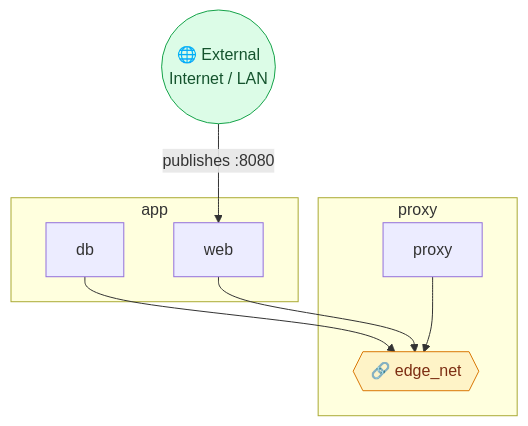
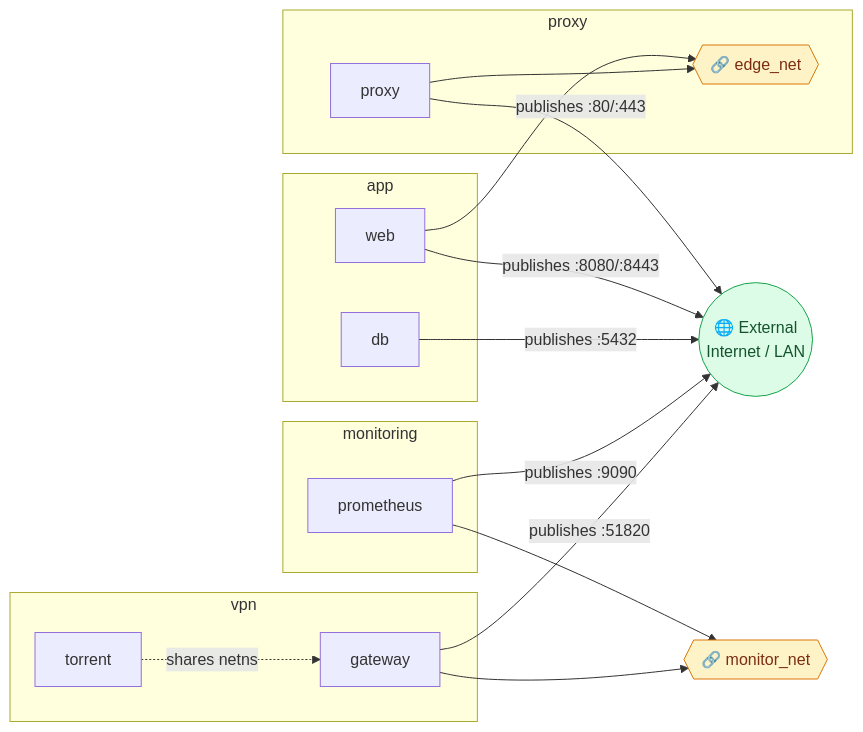
One commit to fa0311/docker-compose-map changed the second of 4 diagrams in tests/assets/render/compose-graph.md. Above: the diagram before and after it, drawn with Mermaid. The commit also changed other lines of this file and 7 other files, not shown here.

````diff
--- a/tests/assets/render/compose-graph.md
+++ b/tests/assets/render/compose-graph.md
@@ -47,24 +83,38 @@
 ```mermaid
-graph TD
+graph LR
   outside(("🌐 External<br/>Internet / LAN"))
   subgraph g__app["app"]
     v__app__web["web"]
     v__app__db["db"]
   end
+  subgraph g__monitoring["monitoring"]
+    v__monitoring__prometheus["prometheus"]
+  end
   subgraph g__proxy["proxy"]
     v__proxy__proxy["proxy"]
     n__edge_net{{"🔗 edge_net"}}
   end
+  subgraph g__vpn["vpn"]
+    v__vpn__gateway["gateway"]
+    v__vpn__torrent["torrent"]
+  end
+  n__monitor_net{{"🔗 monitor_net"}}
 
+  v__vpn__torrent -.->|shares netns| v__vpn__gateway
 
-  v__app__db --> n__edge_net
   v__app__web --> n__edge_net
   v__proxy__proxy --> n__edge_net
+  v__monitoring__prometheus --> n__monitor_net
+  v__vpn__gateway --> n__monitor_net
 
-  outside -->|"publishes :8080"| v__app__web
+  v__app__web -->|"publishes :8080/:8443"| outside
+  v__app__db -->|"publishes :5432"| outside
+  v__monitoring__prometheus -->|"publishes :9090"| outside
+  v__proxy__proxy -->|"publishes :80/:443"| outside
+  v__vpn__gateway -->|"publishes :51820"| outside
 
   classDef net fill:#fef3c7,stroke:#d97706,color:#7c2d12;
   classDef out fill:#dcfce7,stroke:#16a34a,color:#14532d;
   class outside out;
-  class n__edge_net net;
+  class n__edge_net,n__monitor_net net;
 ```
````
